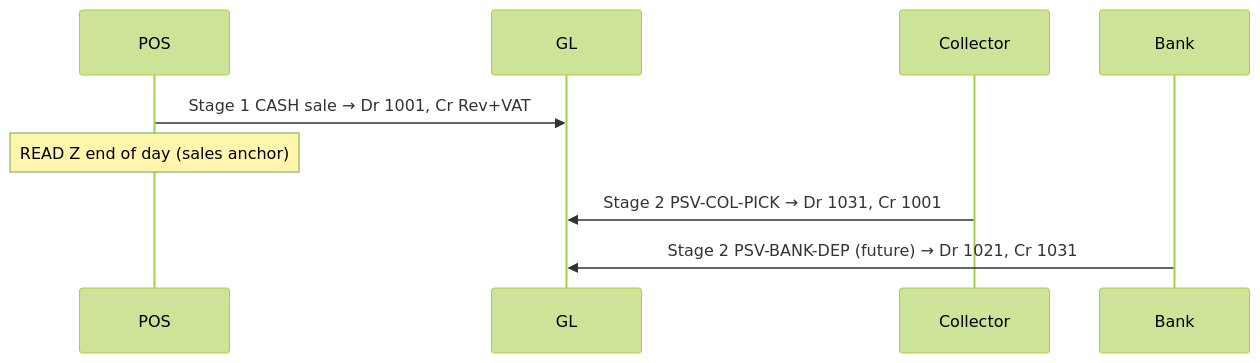
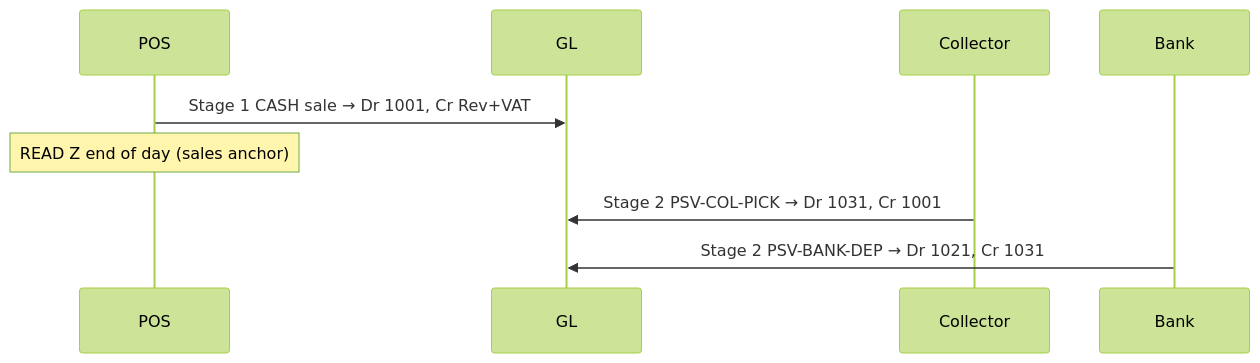
One commit to thkiti/asa-con-v0 changed the second of 3 diagrams in docs/40_POS_TWO_STAGE_PAYMENT_SETTLEMENT.md. Above: the diagram before and after it, drawn with Mermaid (forest theme). The commit also changed other lines of this file and 29 other files, not shown here.

````diff
--- a/docs/40_POS_TWO_STAGE_PAYMENT_SETTLEMENT.md
+++ b/docs/40_POS_TWO_STAGE_PAYMENT_SETTLEMENT.md
@@ -379,12 +475,12 @@
 ```mermaid
 sequenceDiagram
   participant POS
   participant GL
   participant Collector
   participant Bank
 
   POS->>GL: Stage 1 CASH sale → Dr 1001, Cr Rev+VAT
   Note over POS: READ Z end of day (sales anchor)
   Collector->>GL: Stage 2 PSV-COL-PICK → Dr 1031, Cr 1001
-  Bank->>GL: Stage 2 PSV-BANK-DEP (future) → Dr 1021, Cr 1031
+  Bank->>GL: Stage 2 PSV-BANK-DEP → Dr 1021, Cr 1031
 ```
````
